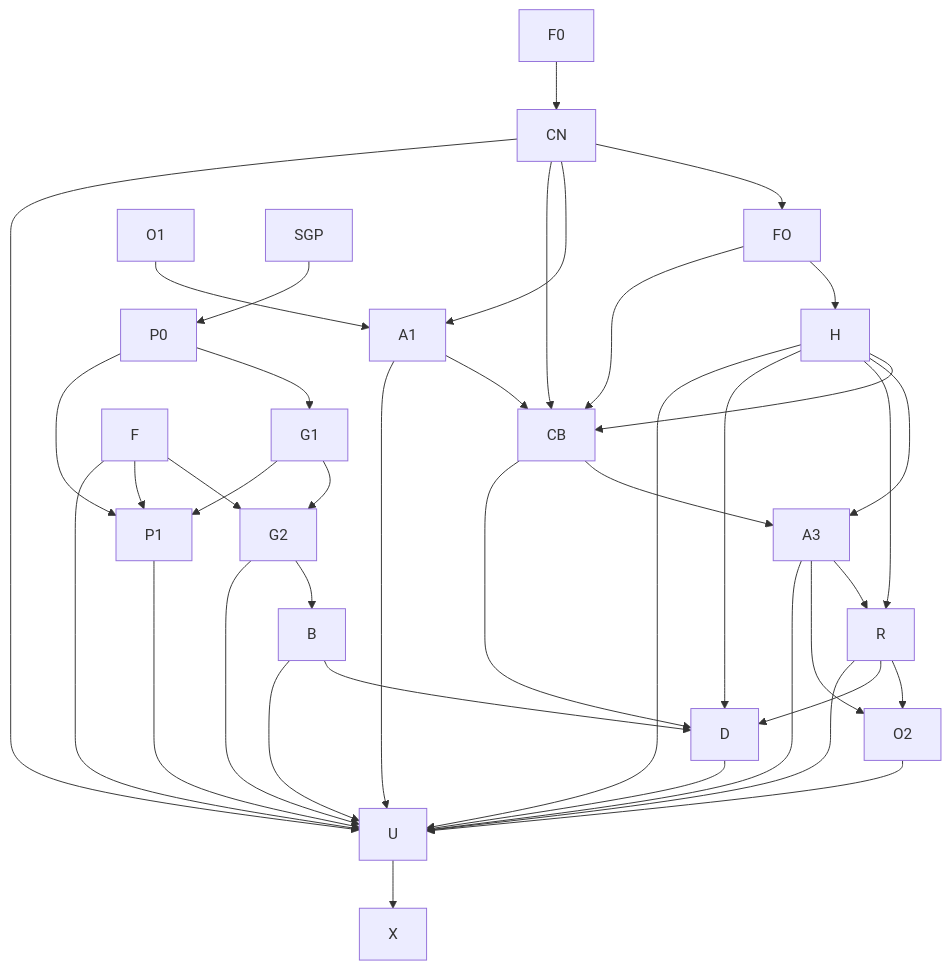
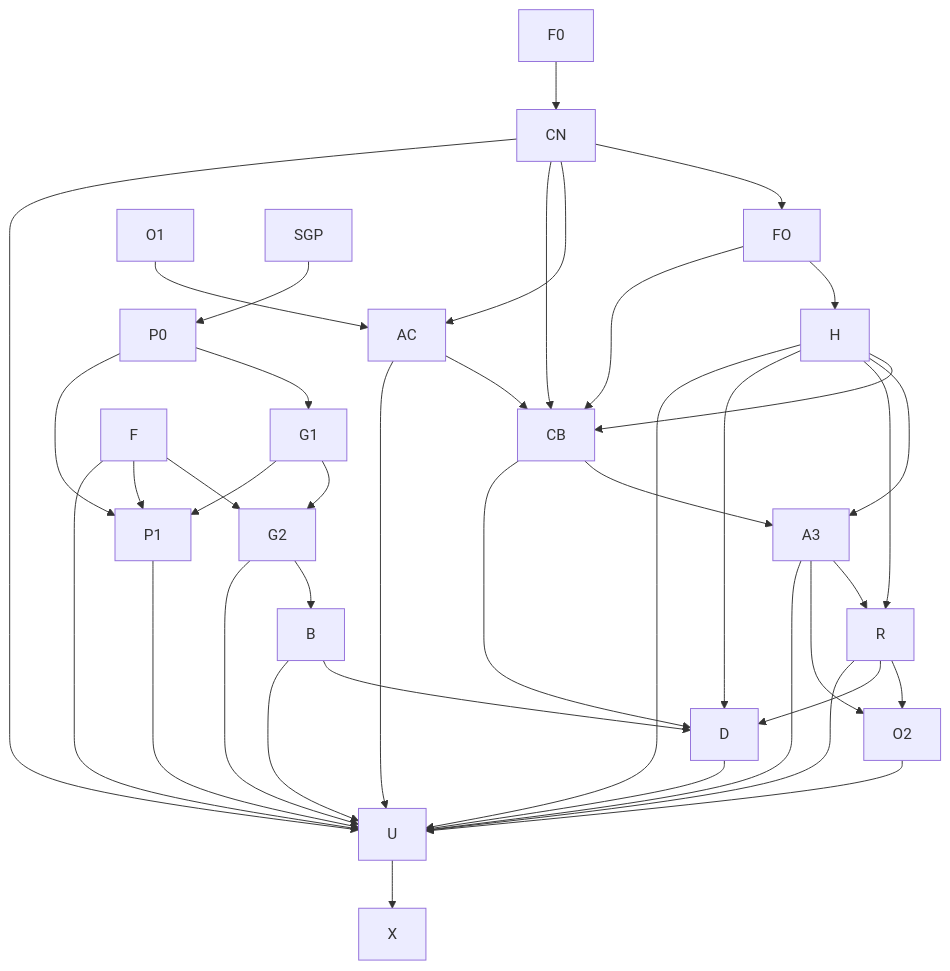
One commit to OmertaDev/Omerta changed the diagram in docs/superpowers/plans/2026-08-26-grill-completion-umbrella.md. Above: the diagram before and after it, drawn with Mermaid. The commit also changed other lines of this file and 3 other files, not shown here.

Commit message:
docs(architecture): split acquisition constellation

````diff
--- a/docs/superpowers/plans/2026-08-26-grill-completion-umbrella.md
+++ b/docs/superpowers/plans/2026-08-26-grill-completion-umbrella.md
@@ -132,42 +139,42 @@
 ```mermaid
 flowchart TD
   F0 --> CN
   CN --> FO
   FO --> H
-  O1 --> A1
-  CN --> A1
+  O1 --> AC
+  CN --> AC
   CN --> CB
   FO --> CB
   H --> CB
-  A1 --> CB
+  AC --> CB
   CB --> A3
   H --> A3
   A3 --> R
   H --> R
   A3 --> O2
   R --> O2
   SGP --> P0
   P0 --> G1
   G1 --> G2
   F --> G2
   G2 --> B
   G1 --> P1
   P0 --> P1
   F --> P1
   CB --> D
   H --> D
   R --> D
   B --> D
   CN --> U
   H --> U
-  A1 --> U
+  AC --> U
   A3 --> U
   R --> U
   O2 --> U
   G2 --> U
   B --> U
   P1 --> U
   D --> U
   F --> U
   U --> X
 ```
````
